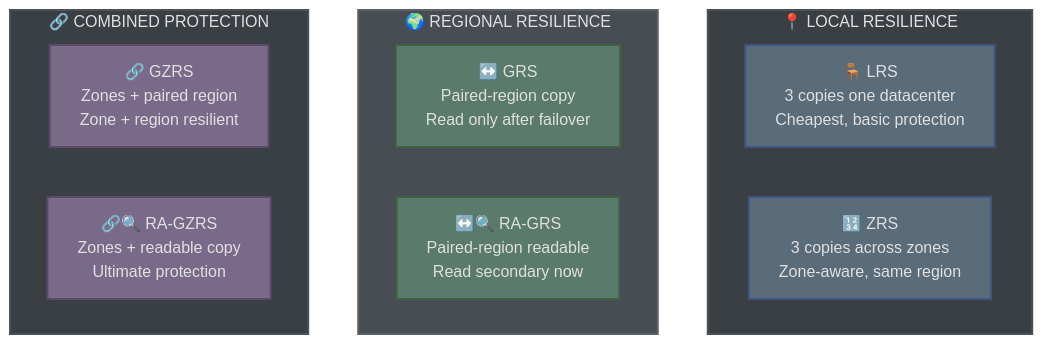
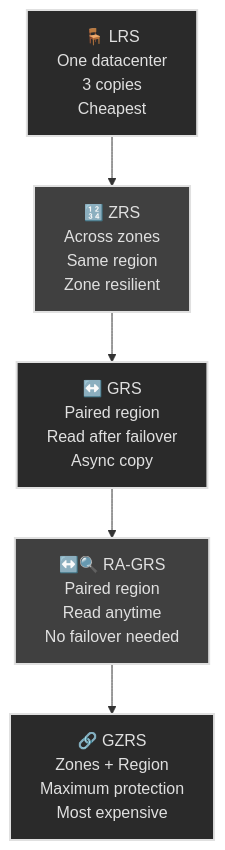
The second of 2 diagrams in 02-secure-storage/README.md (rubak714/azure-system-administration), drawn with Mermaid before and after one commit. The commit also changed other lines of this file, not shown here.

First line of the commit message:
docs: redesign storage diagrams and add deep explanations for complex topics

````diff
--- a/02-secure-storage/README.md
+++ b/02-secure-storage/README.md
@@ -97,27 +79,23 @@
 ```mermaid
 graph TB
-    subgraph Local["📍 LOCAL RESILIENCE"]
-        LRS["🪑 LRS<br/>3 copies one datacenter<br/>Cheapest, basic protection"]
-        ZRS["🔢 ZRS<br/>3 copies across zones<br/>Zone-aware, same region"]
-    end
+    LRS["🪑 LRS<br/>One datacenter<br/>3 copies<br/>Cheapest"]
     
-    subgraph Regional["🌍 REGIONAL RESILIENCE"]
-        GRS["↔️ GRS<br/>Paired-region copy<br/>Read only after failover"]
-        RAGRS["↔️🔍 RA-GRS<br/>Paired-region readable<br/>Read secondary now"]
-    end
+    ZRS["🔢 ZRS<br/>Across zones<br/>Same region<br/>Zone resilient"]
     
-    subgraph Combined["🔗 COMBINED PROTECTION"]
-        GZRS["🔗 GZRS<br/>Zones + paired region<br/>Zone + region resilient"]
-        RAGZRS["🔗🔍 RA-GZRS<br/>Zones + readable copy<br/>Ultimate protection"]
-    end
+    GRS["↔️ GRS<br/>Paired region<br/>Read after failover<br/>Async copy"]
     
-    style Local fill:#3a3f44,stroke:#4a5257,stroke-width:2px,color:#e0e0e0
-    style Regional fill:#474d53,stroke:#5a6268,stroke-width:2px,color:#e0e0e0
-    style Combined fill:#3a3f44,stroke:#4a5257,stroke-width:2px,color:#e0e0e0
-    style LRS fill:#5a6b7a,stroke:#3d5580,stroke-width:2px,color:#e0e0e0
-    style ZRS fill:#5a6b7a,stroke:#3d5580,stroke-width:2px,color:#e0e0e0
-    style GRS fill:#5a7a6b,stroke:#3d6145,stroke-width:2px,color:#e0e0e0
-    style RAGRS fill:#5a7a6b,stroke:#3d6145,stroke-width:2px,color:#e0e0e0
-    style GZRS fill:#7a6a8a,stroke:#5a4a6a,stroke-width:2px,color:#e0e0e0
-    style RAGZRS fill:#7a6a8a,stroke:#5a4a6a,stroke-width:2px,color:#e0e0e0
+    RAGRS["↔️🔍 RA-GRS<br/>Paired region<br/>Read anytime<br/>No failover needed"]
+    
+    GZRS["🔗 GZRS<br/>Zones + Region<br/>Maximum protection<br/>Most expensive"]
+    
+    LRS --> ZRS
+    ZRS --> GRS
+    GRS --> RAGRS
+    RAGRS --> GZRS
+    
+    style LRS fill:#2a2a2a,stroke:#e0e0e0,stroke-width:2px,color:#e0e0e0
+    style ZRS fill:#404040,stroke:#e0e0e0,stroke-width:2px,color:#e0e0e0
+    style GRS fill:#2a2a2a,stroke:#e0e0e0,stroke-width:2px,color:#e0e0e0
+    style RAGRS fill:#404040,stroke:#e0e0e0,stroke-width:2px,color:#e0e0e0
+    style GZRS fill:#2a2a2a,stroke:#e0e0e0,stroke-width:2px,color:#e0e0e0
 ```
````
